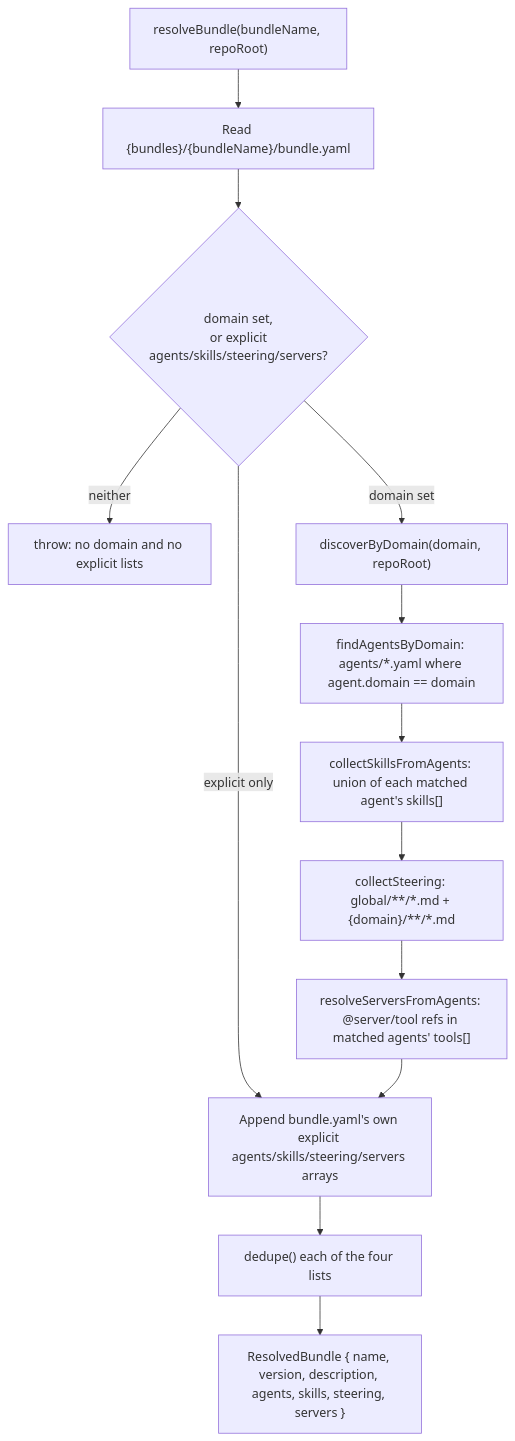
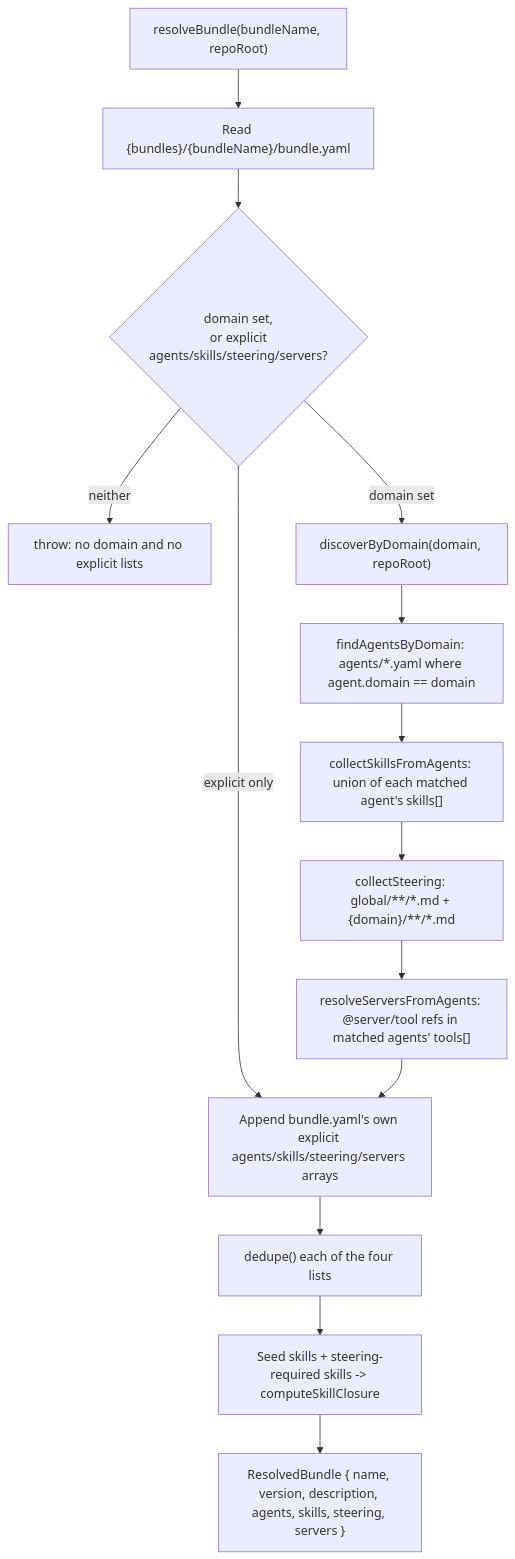
The diagram in docs/architecture/05_01_bundle_resolution.md (jsmellie-test-contributor/ai-foundation), drawn with Mermaid before and after one commit. The commit also changed other lines of this file and 2 other files, not shown here.

Commit message:
AIF-006: document requires_skills closure in arc42 sections

````diff
--- a/docs/architecture/05_01_bundle_resolution.md
+++ b/docs/architecture/05_01_bundle_resolution.md
@@ -16,15 +16,16 @@
 ```mermaid
 flowchart TD
   Start["resolveBundle(bundleName, repoRoot)"] --> Read["Read {bundles}/{bundleName}/bundle.yaml"]
   Read --> Check{"domain set,\nor explicit\nagents/skills/steering/servers?"}
   Check -->|neither| Error["throw: no domain and no explicit lists"]
   Check -->|domain set| Discover["discoverByDomain(domain, repoRoot)"]
   Check -->|explicit only| Explicit
   Discover --> D1["findAgentsByDomain: agents/*.yaml where agent.domain == domain"]
   D1 --> D2["collectSkillsFromAgents: union of each matched agent's skills[]"]
   D2 --> D3["collectSteering: global/**/*.md + {domain}/**/*.md"]
   D3 --> D4["resolveServersFromAgents: @server/tool refs in matched agents' tools[]"]
   D4 --> Explicit["Append bundle.yaml's own explicit agents/skills/steering/servers arrays"]
   Explicit --> Dedupe["dedupe() each of the four lists"]
-  Dedupe --> Out["ResolvedBundle { name, version, description, agents, skills, steering, servers }"]
+  Dedupe --> Closure["Seed skills + steering-required skills -> computeSkillClosure"]
+  Closure --> Out["ResolvedBundle { name, version, description, agents, skills, steering, servers }"]
 ```
````
